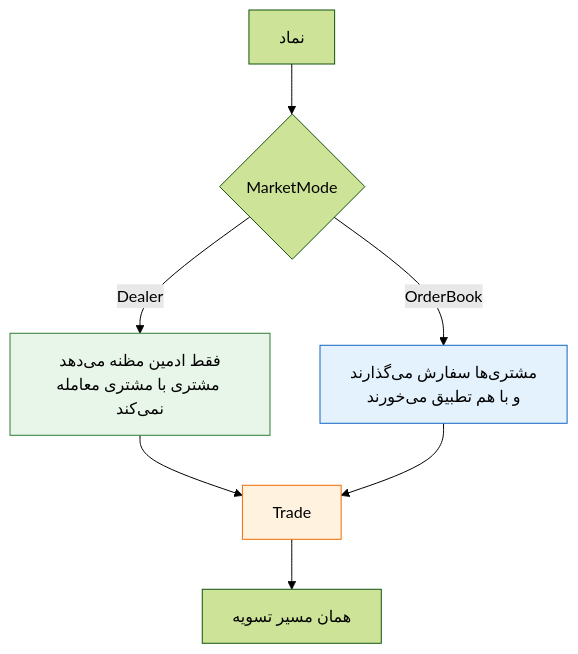
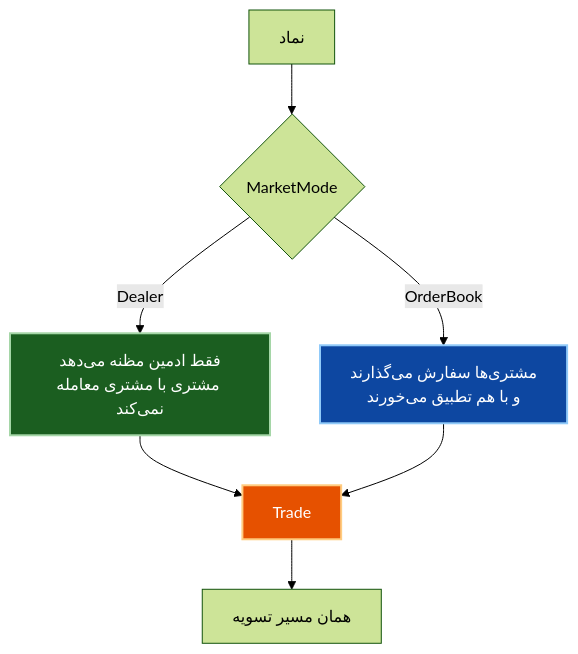
The sixth of 6 diagrams in docs/architecture/DEALER_QUOTE_MODEL.md (MohKardan/TallaEgg), drawn with Mermaid (forest theme) before and after one commit. The commit also changed other lines of this file, not shown here.

First line of the commit message:
docs(#48): make the diagram text readable in both light and dark themes

````diff
--- a/docs/architecture/DEALER_QUOTE_MODEL.md
+++ b/docs/architecture/DEALER_QUOTE_MODEL.md
@@ -195,13 +194,13 @@
 ```mermaid
 flowchart TB
     S["نماد"] --> M{"MarketMode"}
     M -->|Dealer| D["فقط ادمین مظنه می‌دهد<br/>مشتری با مشتری معامله نمی‌کند"]
     M -->|OrderBook| OBK["مشتری‌ها سفارش می‌گذارند<br/>و با هم تطبیق می‌خورند"]
     D --> TR["Trade"]
     OBK --> TR
     TR --> SET["همان مسیر تسویه"]
 
-    style D fill:#e8f5e9,stroke:#2e7d32
-    style OBK fill:#e3f2fd,stroke:#1565c0
-    style TR fill:#fff3e0,stroke:#ef6c00
+    style D fill:#1b5e20,color:#ffffff,stroke:#a5d6a7,stroke-width:2px
+    style OBK fill:#0d47a1,color:#ffffff,stroke:#90caf9,stroke-width:2px
+    style TR fill:#e65100,color:#ffffff,stroke:#ffcc80,stroke-width:2px
 ```
````
